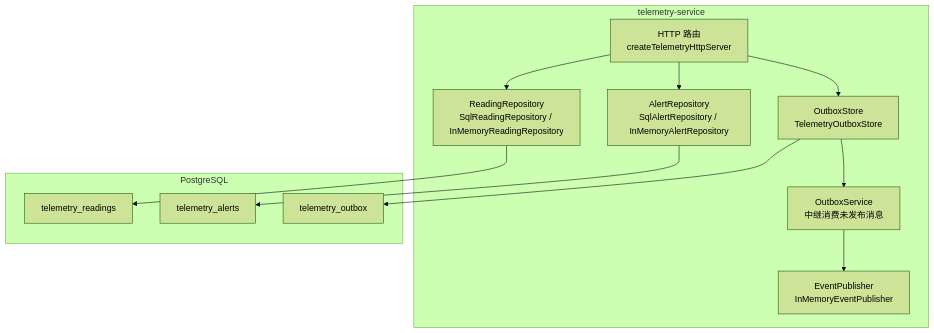
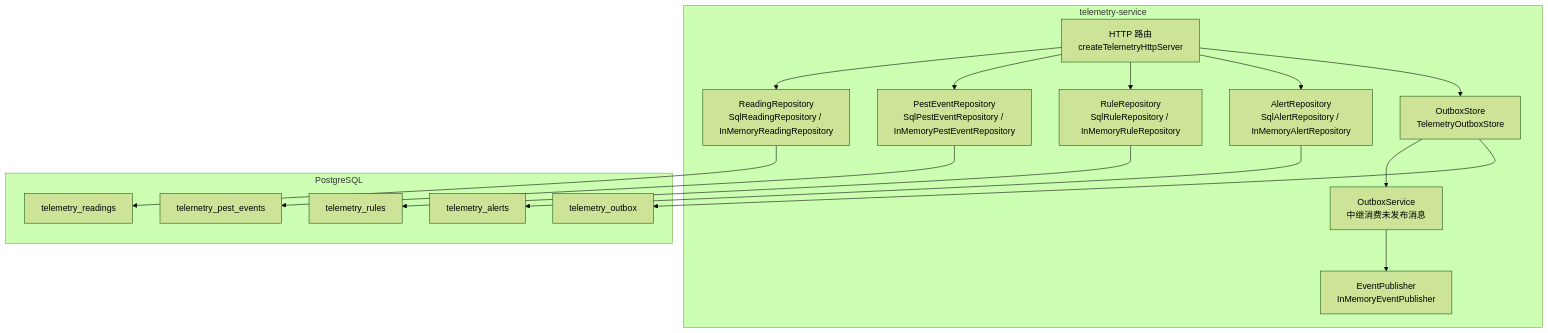
The first of 10 diagrams in .qoder/repowiki/zh/content/核心服务文档/遥测数据服务.md (q446328246/agri-platform), drawn with Mermaid (forest theme) before and after one commit. The commit also changed other lines of this file and 68 other files, not shown here.

````diff
--- a/.qoder/repowiki/zh/content/核心服务文档/遥测数据服务.md
+++ b/.qoder/repowiki/zh/content/核心服务文档/遥测数据服务.md
@@ -34,24 +46,32 @@
 ```mermaid
 graph TB
 subgraph "telemetry-service"
 A["HTTP 路由<br/>createTelemetryHttpServer"]
 B["ReadingRepository<br/>SqlReadingRepository / InMemoryReadingRepository"]
-C["AlertRepository<br/>SqlAlertRepository / InMemoryAlertRepository"]
-D["OutboxStore<br/>TelemetryOutboxStore"]
-E["OutboxService<br/>中继消费未发布消息"]
-F["EventPublisher<br/>InMemoryEventPublisher"]
+C["PestEventRepository<br/>SqlPestEventRepository / InMemoryPestEventRepository"]
+D["RuleRepository<br/>SqlRuleRepository / InMemoryRuleRepository"]
+E["AlertRepository<br/>SqlAlertRepository / InMemoryAlertRepository"]
+F["OutboxStore<br/>TelemetryOutboxStore"]
+G["OutboxService<br/>中继消费未发布消息"]
+H["EventPublisher<br/>InMemoryEventPublisher"]
 end
 subgraph "PostgreSQL"
-G["telemetry_readings"]
-H["telemetry_alerts"]
-I["telemetry_outbox"]
+I["telemetry_readings"]
+J["telemetry_alerts"]
+K["telemetry_outbox"]
+L["telemetry_pest_events"]
+M["telemetry_rules"]
 end
 A --> B
 A --> C
 A --> D
-D --> E
-E --> F
-B --> G
-C --> H
-D --> I
+A --> E
+A --> F
+F --> G
+G --> H
+B --> I
+C --> L
+D --> M
+E --> J
+F --> K
 ```
````
